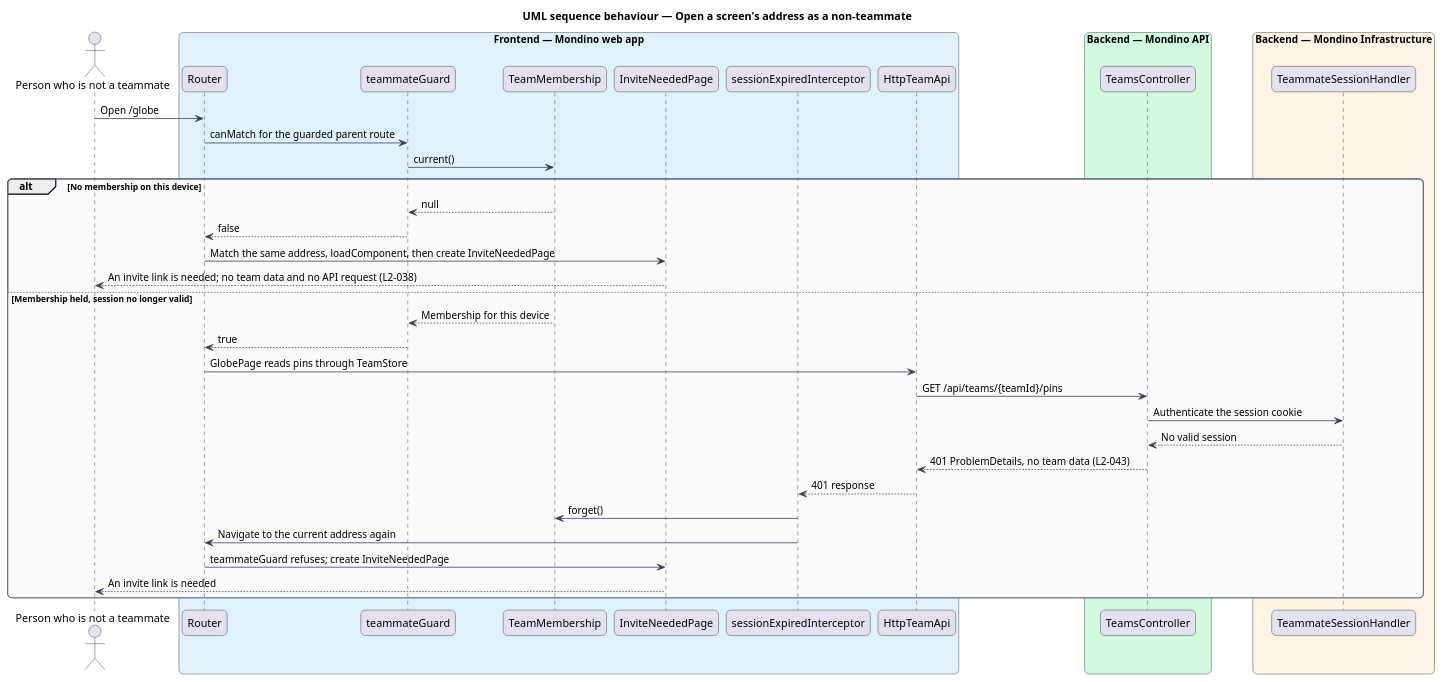
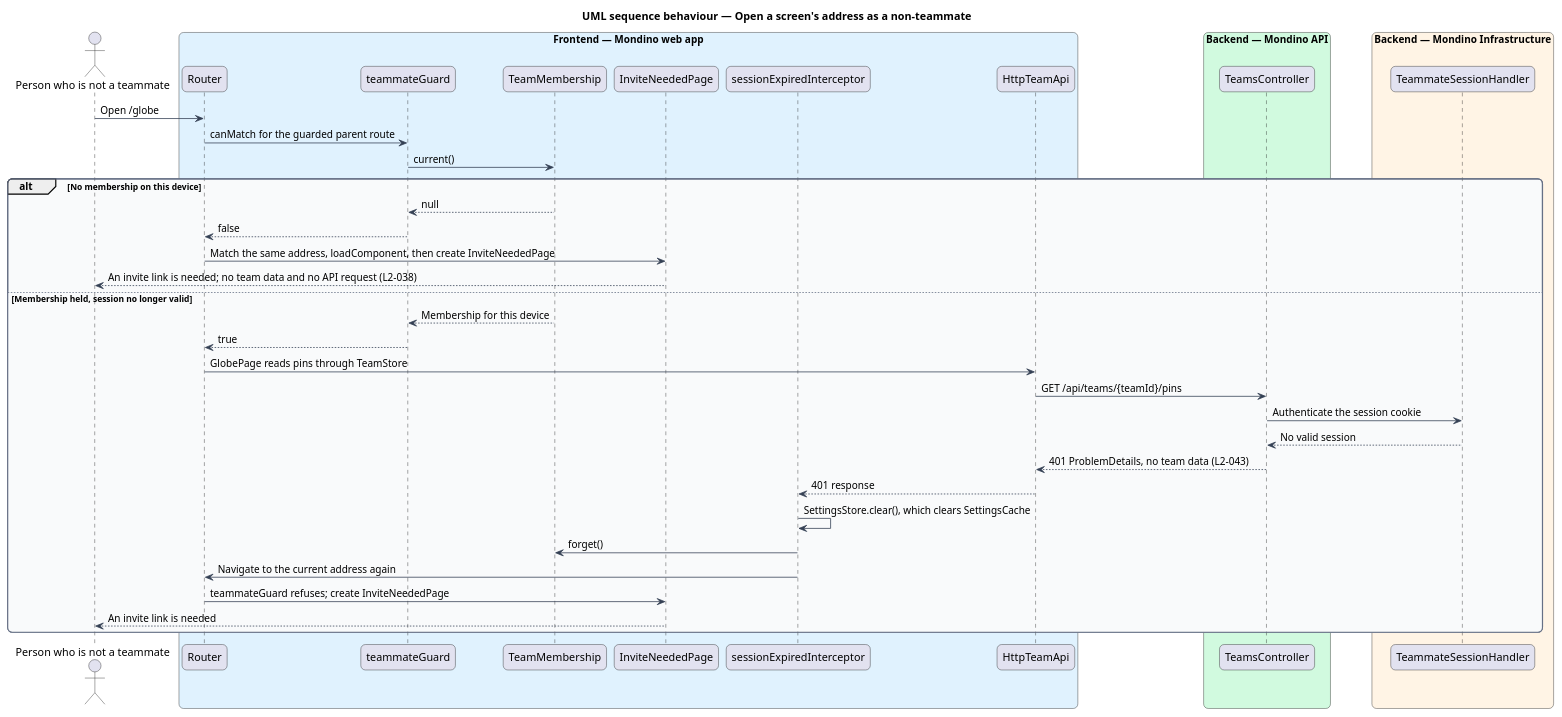
One commit to QuinntyneBrown/Mondino changed the diagram in docs/detailed-designs/platform/adapt-to-every-width/diagrams/sequence-open-address-as-non-teammate.puml. Above: the diagram before and after it, drawn with PlantUML. The commit also changed 10 other files, not shown here.

```diff
--- a/docs/detailed-designs/platform/adapt-to-every-width/diagrams/sequence-open-address-as-non-teammate.puml
+++ b/docs/detailed-designs/platform/adapt-to-every-width/diagrams/sequence-open-address-as-non-teammate.puml
@@ -1,54 +1,55 @@
 @startuml
 title UML sequence behaviour — Open a screen's address as a non-teammate
 skinparam backgroundColor #FFFFFF
 skinparam shadowing false
 skinparam roundcorner 12
 skinparam defaultFontName Arial
 skinparam ArrowColor #344054
 skinparam rectangle {
   BorderColor #344054
   FontColor #101828
 }
 skinparam package {
   BorderColor #667085
   FontColor #101828
   BackgroundColor #F9FAFB
 }
 actor "Person who is not a teammate" as actor
 box "Frontend — Mondino web app" #E0F2FE
   participant "Router" as router
   participant "teammateGuard" as guard
   participant "TeamMembership" as membership
   participant "InviteNeededPage" as needed
   participant "sessionExpiredInterceptor" as expired
   participant "HttpTeamApi" as client
 end box
 box "Backend — Mondino API" #D1FADF
   participant "TeamsController" as controller
 end box
 box "Backend — Mondino Infrastructure" #FFF4E5
   participant "TeammateSessionHandler" as session
 end box
 actor -> router : Open /globe
 router -> guard : canMatch for the guarded parent route
 guard -> membership : current()
 alt No membership on this device
   membership --> guard : null
   guard --> router : false
   router -> needed : Match the same address, loadComponent, then create InviteNeededPage
   needed --> actor : An invite link is needed; no team data and no API request (L2-038)
 else Membership held, session no longer valid
   membership --> guard : Membership for this device
   guard --> router : true
   router -> client : GlobePage reads pins through TeamStore
   client -> controller : GET /api/teams/{teamId}/pins
   controller -> session : Authenticate the session cookie
   session --> controller : No valid session
   controller --> client : 401 ProblemDetails, no team data (L2-043)
   client --> expired : 401 response
+  expired -> expired : SettingsStore.clear(), which clears SettingsCache
   expired -> membership : forget()
   expired -> router : Navigate to the current address again
   router -> needed : teammateGuard refuses; create InviteNeededPage
   needed --> actor : An invite link is needed
 end
 @enduml
```
